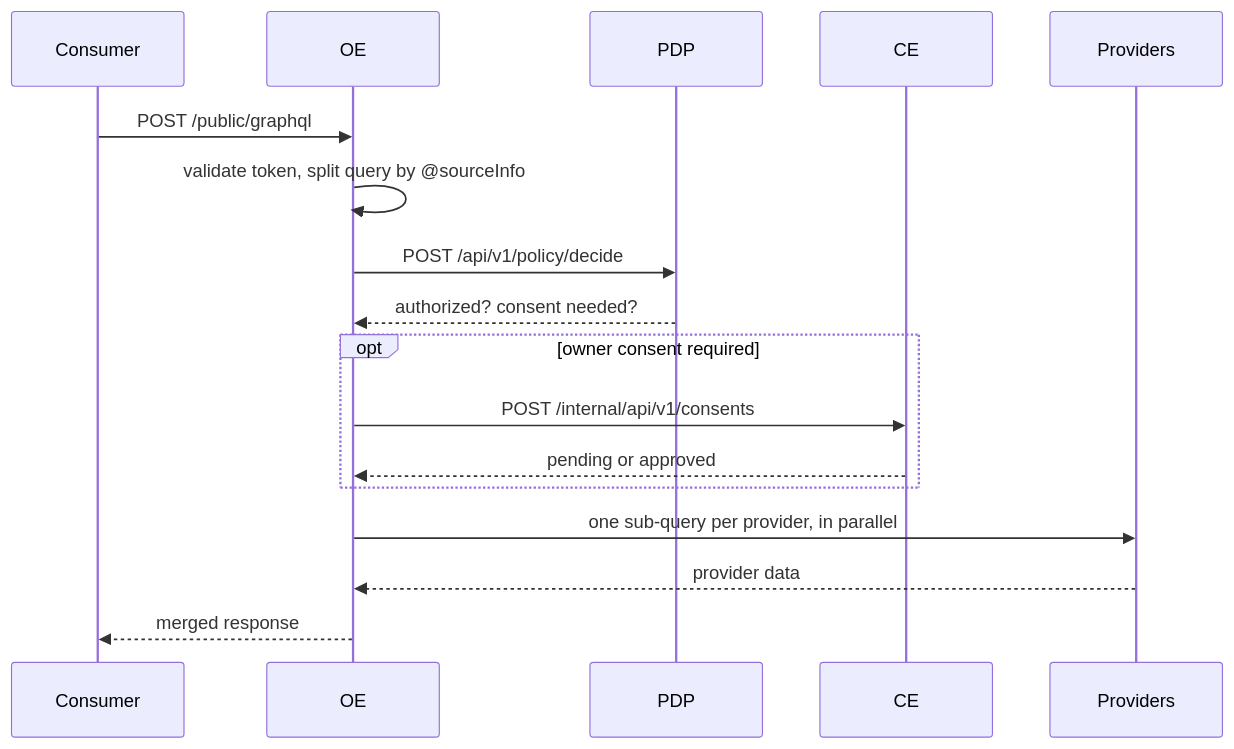
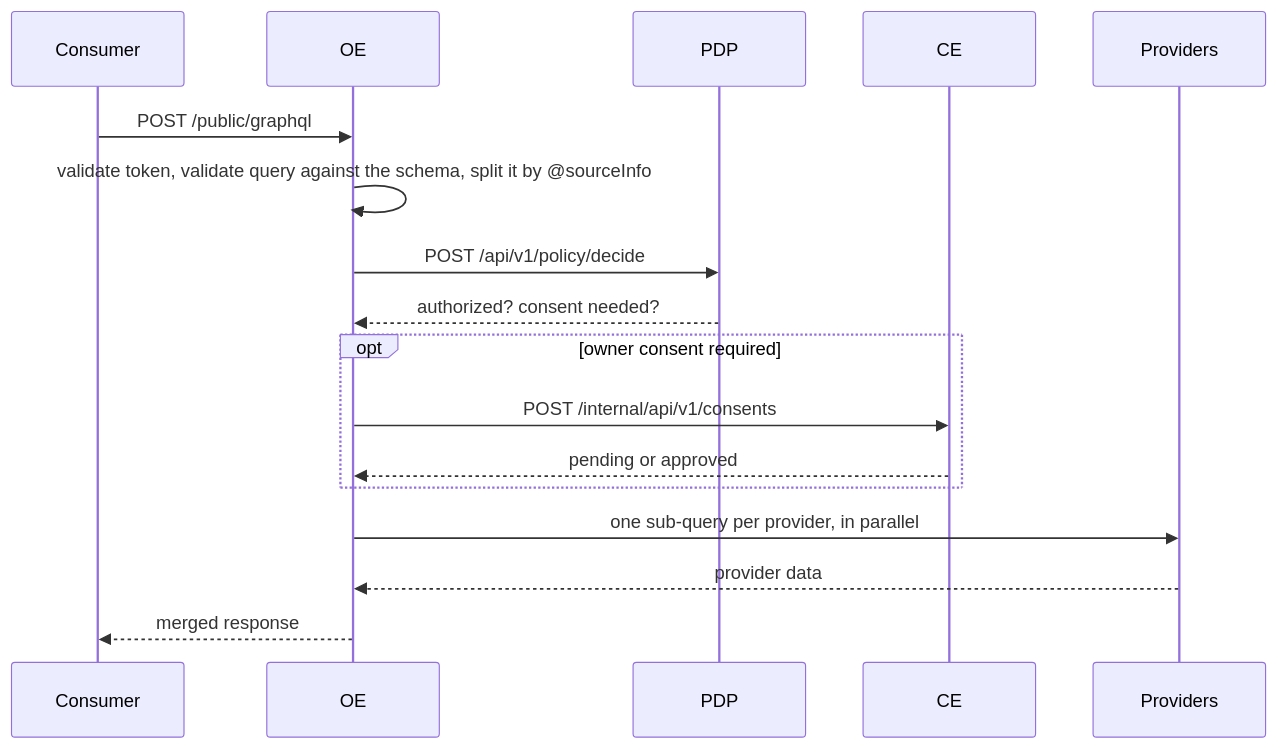
Before and after one commit to mushrafmim/openndx: the second of 2 diagrams in cmd/oe/README.md, drawn with Mermaid. The commit also changed 16 other files, not shown here.

First line of the commit message:
refactor(oe): parse and validate schemas and queries with gqlparser (#664)

````diff
--- a/cmd/oe/README.md
+++ b/cmd/oe/README.md
@@ -78,19 +78,19 @@
 ```mermaid
 sequenceDiagram
     participant C as Consumer
     participant OE
     participant PDP
     participant CE
     participant P as Providers
     C->>OE: POST /public/graphql
-    OE->>OE: validate token, split query by @sourceInfo
+    OE->>OE: validate token, validate query against the schema, split it by @sourceInfo
     OE->>PDP: POST /api/v1/policy/decide
     PDP-->>OE: authorized? consent needed?
     opt owner consent required
         OE->>CE: POST /internal/api/v1/consents
         CE-->>OE: pending or approved
     end
     OE->>P: one sub-query per provider, in parallel
     P-->>OE: provider data
     OE-->>C: merged response
 ```
````
